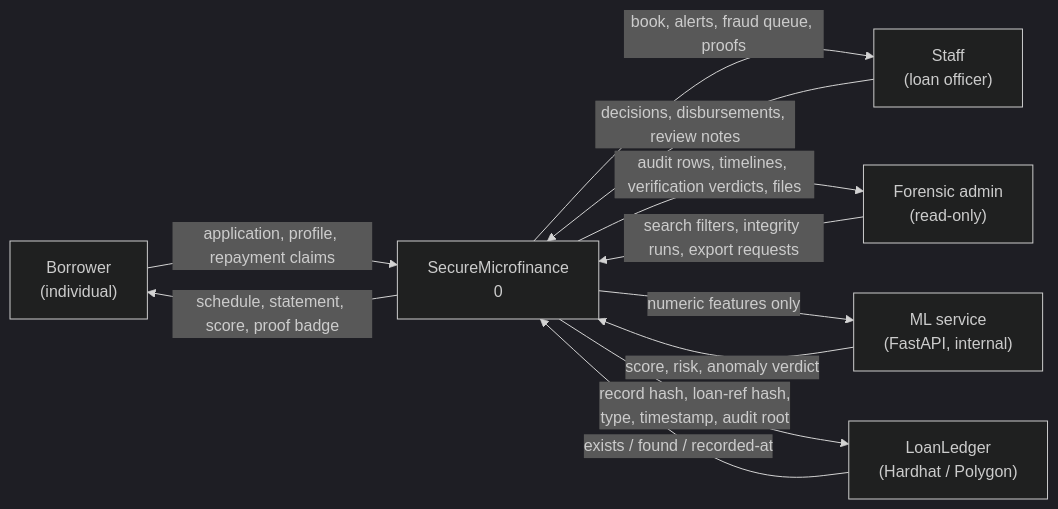
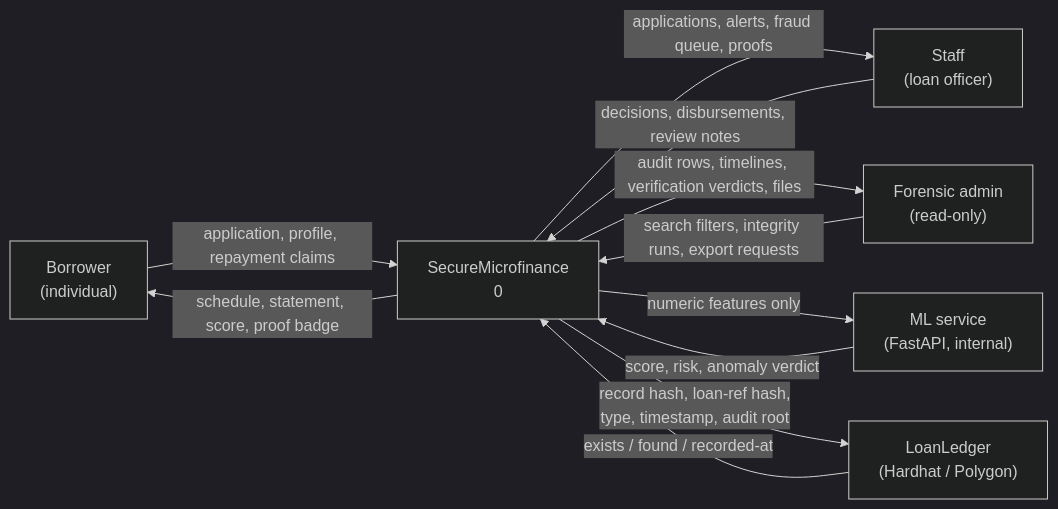
Before and after one commit to MelewaMathan/finance: the first of 3 diagrams in docs/DFD.md, drawn with Mermaid (dark theme). The commit also changed other lines of this file and 53 other files, not shown here.

````diff
--- a/docs/DFD.md
+++ b/docs/DFD.md
@@ -9,24 +9,24 @@
 ```mermaid
 flowchart LR
     B["Borrower<br/>(individual)"]
     L["Staff<br/>(loan officer)"]
     A["Forensic admin<br/>(read-only)"]
     S["SecureMicrofinance<br/>0"]
     ML["ML service<br/>(FastAPI, internal)"]
     CH["LoanLedger<br/>(Hardhat / Polygon)"]
 
     B -->|"application, profile, repayment claims"| S
     S -->|"schedule, statement, score, proof badge"| B
 
     L -->|"decisions, disbursements, review notes"| S
-    S -->|"book, alerts, fraud queue, proofs"| L
+    S -->|"applications, alerts, fraud queue, proofs"| L
 
     A -->|"search filters, integrity runs, export requests"| S
     S -->|"audit rows, timelines, verification verdicts, files"| A
 
     S -->|"numeric features only"| ML
     ML -->|"score, risk, anomaly verdict"| S
 
     S -->|"record hash, loan-ref hash,<br/>type, timestamp, audit root"| CH
     CH -->|"exists / found / recorded-at"| S
 ```
````
